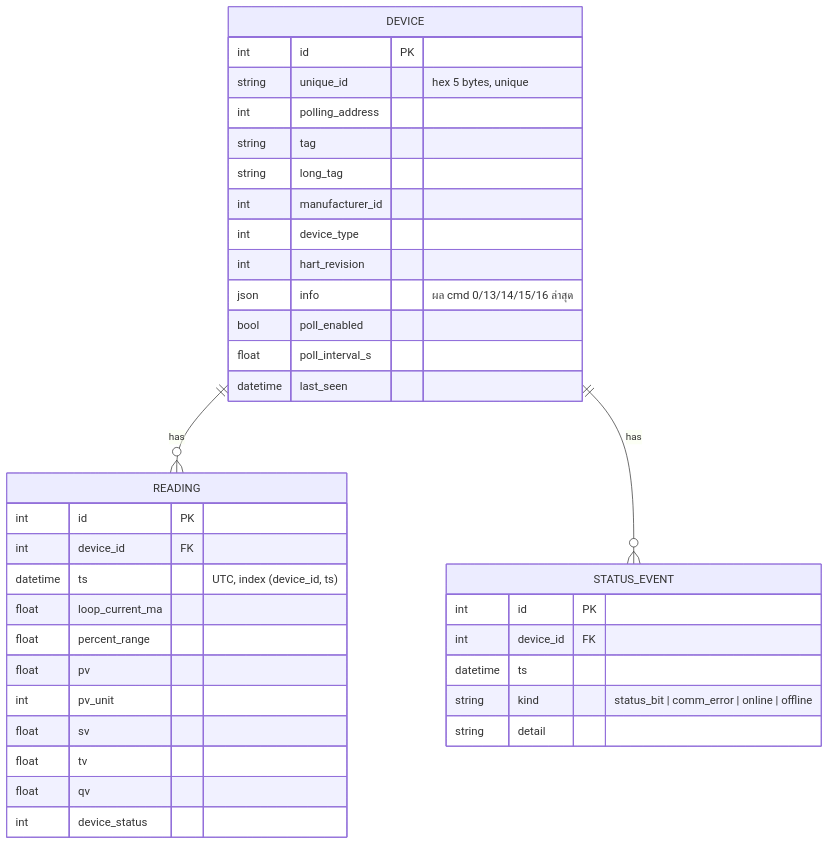
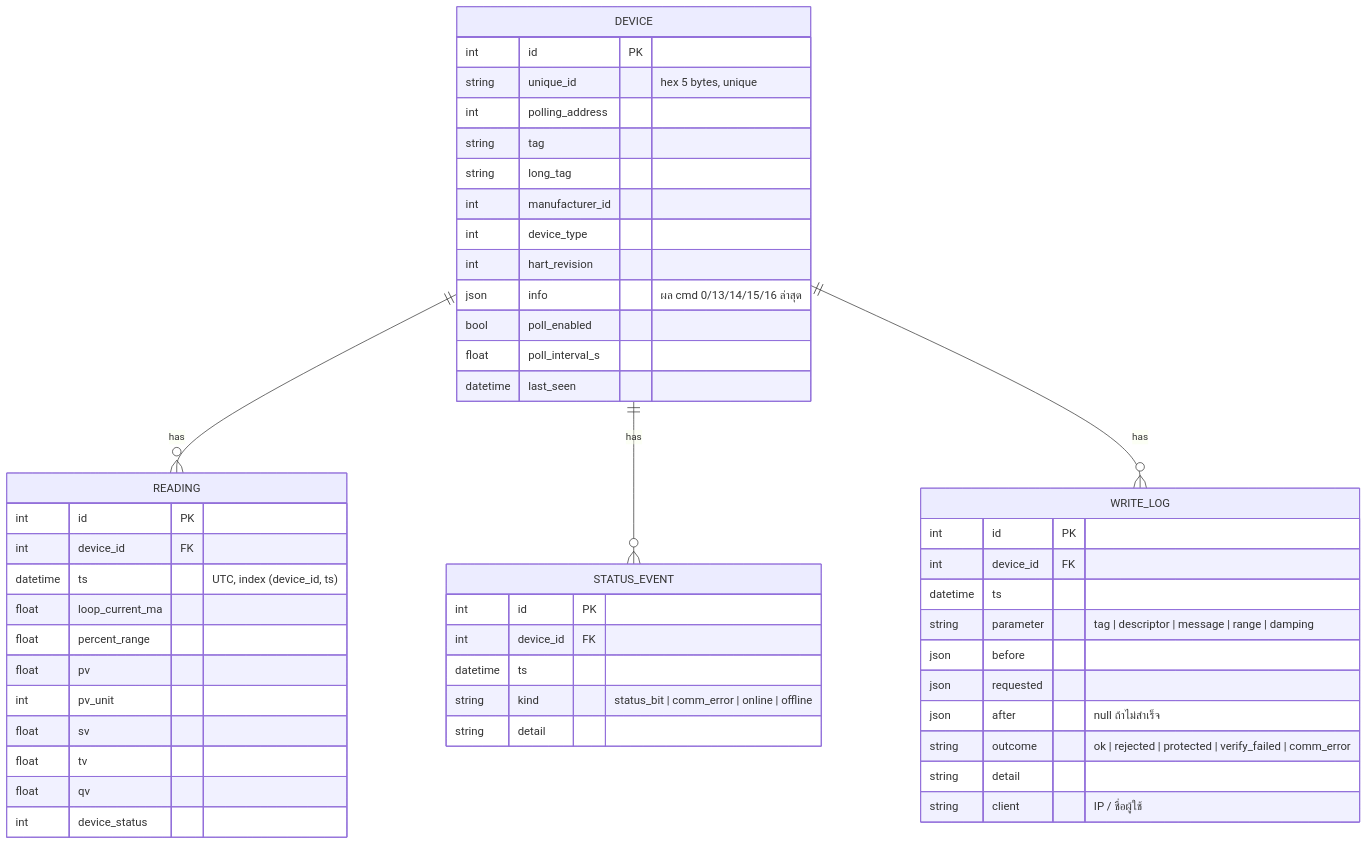
One commit to kensfpon/Thai-read-Doc changed the fourth of 4 diagrams in DESIGN.md. Above: the diagram before and after it, drawn with Mermaid. The commit also changed other lines of this file and 15 other files, not shown here.

````diff
--- a/DESIGN.md
+++ b/DESIGN.md
@@ -239,39 +286,52 @@
 ```mermaid
 erDiagram
     DEVICE ||--o{ READING : has
     DEVICE ||--o{ STATUS_EVENT : has
     DEVICE {
         int id PK
         string unique_id "hex 5 bytes, unique"
         int polling_address
         string tag
         string long_tag
         int manufacturer_id
         int device_type
         int hart_revision
         json info "ผล cmd 0/13/14/15/16 ล่าสุด"
         bool poll_enabled
         float poll_interval_s
         datetime last_seen
     }
     READING {
         int id PK
         int device_id FK
         datetime ts "UTC, index (device_id, ts)"
         float loop_current_ma
         float percent_range
         float pv
         int pv_unit
         float sv
         float tv
         float qv
         int device_status
     }
     STATUS_EVENT {
         int id PK
         int device_id FK
         datetime ts
         string kind "status_bit | comm_error | online | offline"
         string detail
     }
+    DEVICE ||--o{ WRITE_LOG : has
+    WRITE_LOG {
+        int id PK
+        int device_id FK
+        datetime ts
+        string parameter "tag | descriptor | message | range | damping"
+        json before
+        json requested
+        json after "null ถ้าไม่สำเร็จ"
+        string outcome "ok | rejected | protected | verify_failed | comm_error"
+        string detail
+        string client "IP / ชื่อผู้ใช้"
+    }
 ```
````
